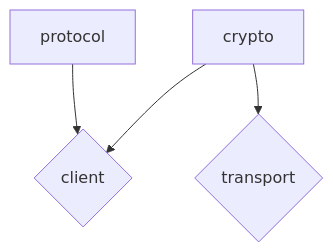
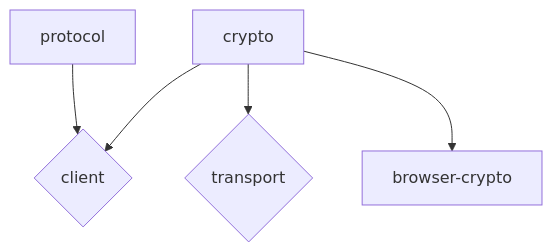
One commit to fintoda/bitahon-client changed the diagram in README.md. Above: the diagram before and after it, drawn with Mermaid.

````diff
--- a/README.md
+++ b/README.md
@@ -19,8 +19,9 @@
 ```mermaid
  graph TD
   client{client}
   transport{transport}
   protocol --> client
   crypto --> client
   crypto --> transport
+  crypto --> browser-crypto
 ```
````
